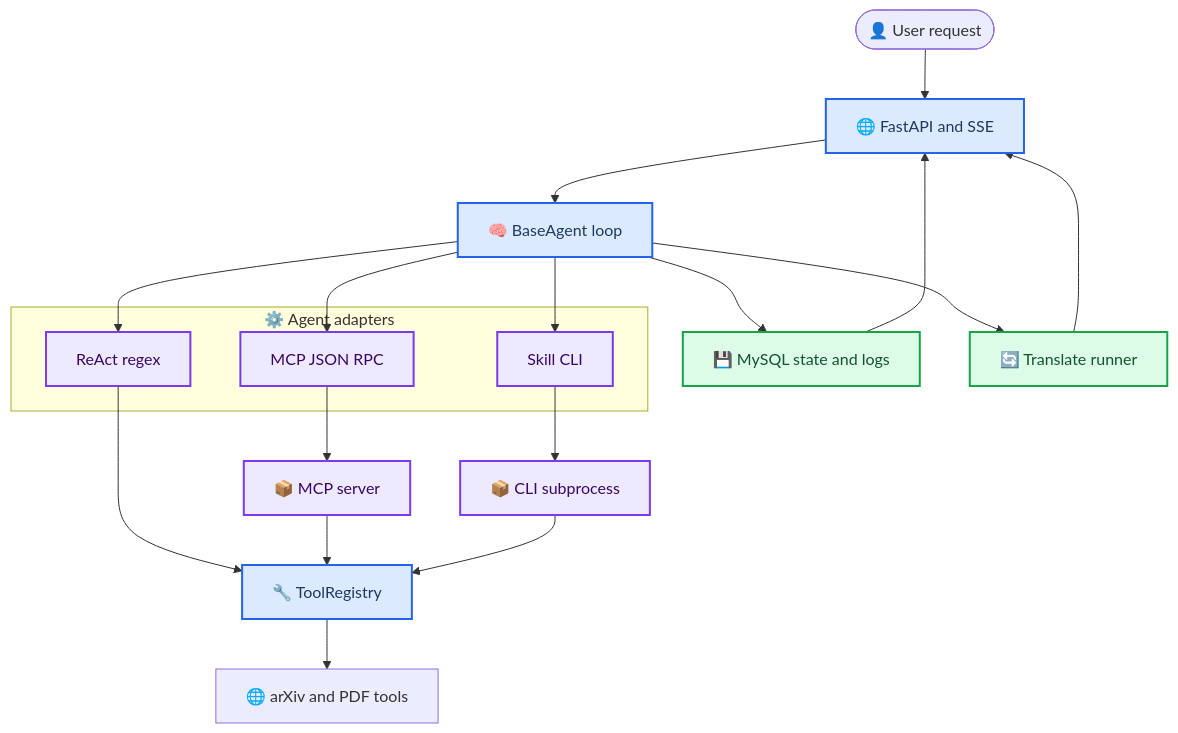
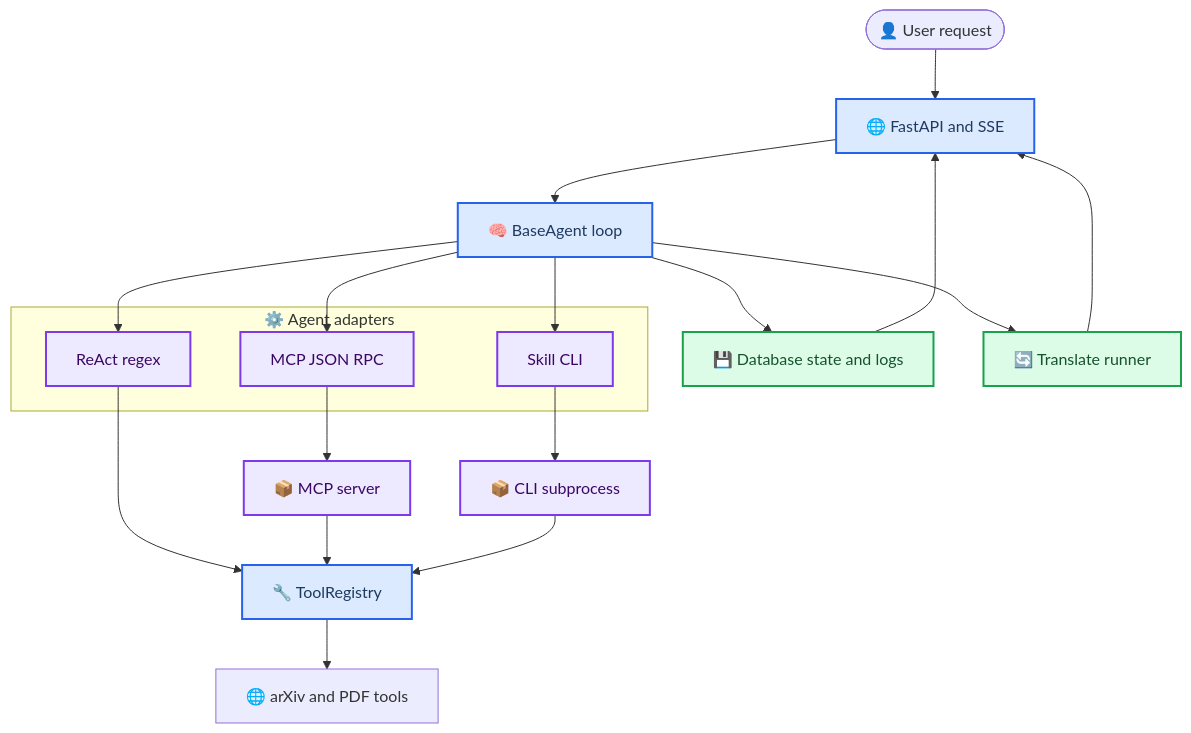
The first of 2 diagrams in README.md (BrenchCC/AgenticArXiv), drawn with Mermaid before and after one commit. The commit also changed other lines of this file and 28 other files, not shown here.

````diff
--- a/README.md
+++ b/README.md
@@ -40,38 +42,38 @@
 ```mermaid
 flowchart TB
     accTitle: AgenticArxiv Agent Architecture
     accDescr: The shared BaseAgent loop delegates tool transport to three interchangeable agent implementations while central services preserve state, side effects, and observability.
 
     user([👤 User request]) --> api[🌐 FastAPI and SSE]
     api --> base_agent[🧠 BaseAgent loop]
 
     subgraph adapters ["⚙️ Agent adapters"]
         regex_agent[ReAct regex]
         mcp_agent[MCP JSON RPC]
         skill_agent[Skill CLI]
     end
 
     base_agent --> regex_agent
     base_agent --> mcp_agent
     base_agent --> skill_agent
 
     regex_agent --> tool_registry[🔧 ToolRegistry]
     mcp_agent --> mcp_server[📦 MCP server]
     mcp_server --> tool_registry
     skill_agent --> cli_process[📦 CLI subprocess]
     cli_process --> tool_registry
 
     tool_registry --> arxiv_service[🌐 arXiv and PDF tools]
-    base_agent --> state_services[💾 MySQL state and logs]
+    base_agent --> state_services[💾 Database state and logs]
     base_agent --> translate_runner[🔄 Translate runner]
     state_services --> api
     translate_runner --> api
 
     classDef core fill:#dbeafe,stroke:#2563eb,stroke-width:2px,color:#1e3a5f
     classDef adapter fill:#ede9fe,stroke:#7c3aed,stroke-width:2px,color:#3b0764
     classDef data fill:#dcfce7,stroke:#16a34a,stroke-width:2px,color:#14532d
 
     class api,base_agent,tool_registry core
     class regex_agent,mcp_agent,skill_agent,mcp_server,cli_process adapter
     class state_services,translate_runner data
 ```
````
